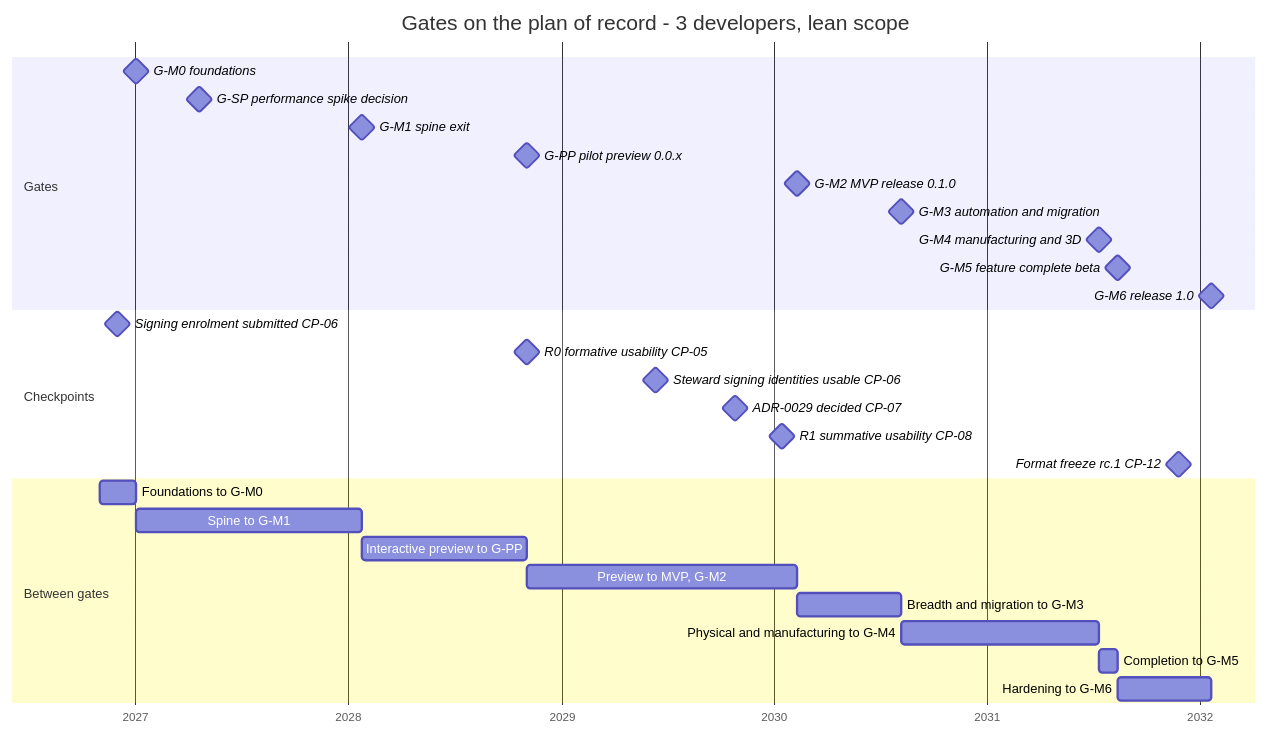
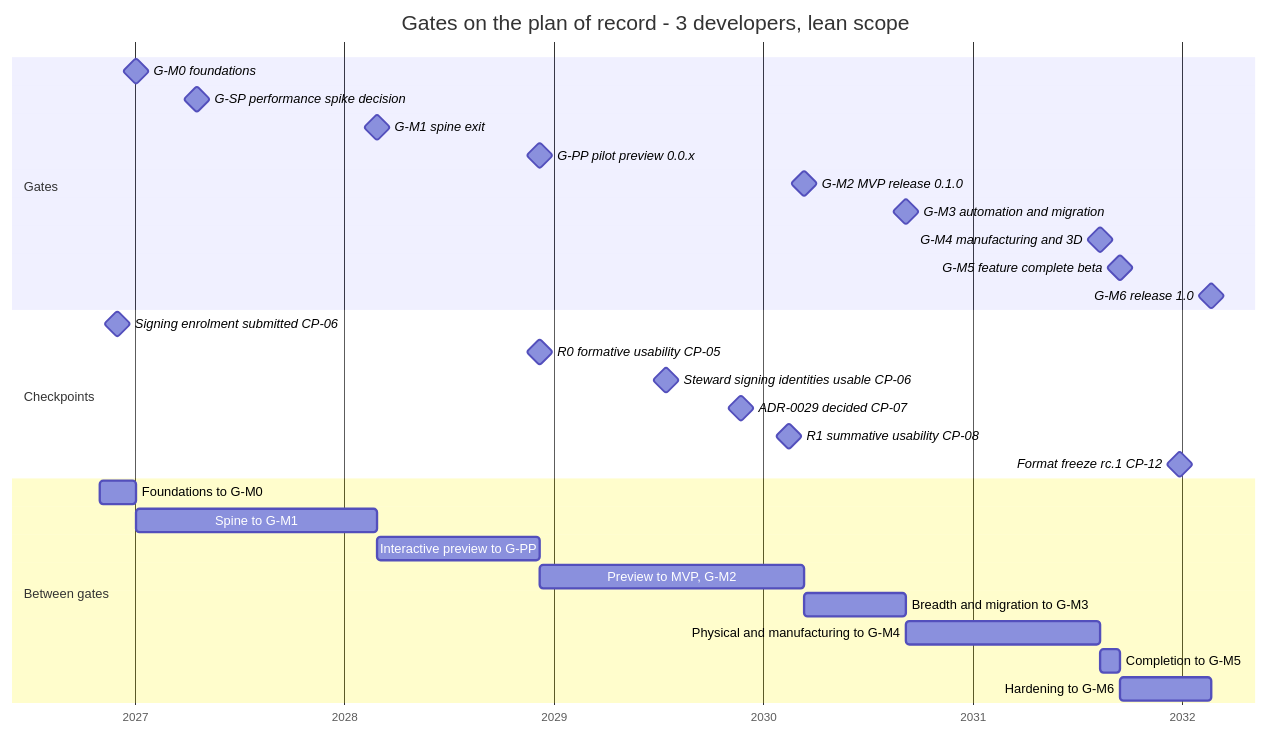
The first of 3 diagrams in docs/plan/03-gates.md (Ironkode787/ElektraWatt), drawn with Mermaid before and after one commit. The commit also changed other lines of this file and 26 other files, not shown here.

````diff
--- a/docs/plan/03-gates.md
+++ b/docs/plan/03-gates.md
@@ -268,32 +269,32 @@
 ```mermaid
 gantt
   title Gates on the plan of record - 3 developers, lean scope
   dateFormat YYYY-MM-DD
   axisFormat %Y
   section Gates
   G-M0 foundations :milestone, g0, 2027-01-03, 0d
   G-SP performance spike decision :milestone, gsp, 2027-04-20, 0d
-  G-M1 spine exit :milestone, g1, 2028-01-24, 0d
-  G-PP pilot preview 0.0.x :milestone, gpp, 2028-11-03, 0d
-  G-M2 MVP release 0.1.0 :milestone, g2, 2030-02-09, 0d
-  G-M3 automation and migration :milestone, g3, 2030-08-07, 0d
-  G-M4 manufacturing and 3D :milestone, g4, 2031-07-12, 0d
-  G-M5 feature complete beta :milestone, g5, 2031-08-14, 0d
-  G-M6 release 1.0 :milestone, g6, 2032-01-21, 0d
+  G-M1 spine exit :milestone, g1, 2028-02-27, 0d
+  G-PP pilot preview 0.0.x :milestone, gpp, 2028-12-08, 0d
+  G-M2 MVP release 0.1.0 :milestone, g2, 2030-03-14, 0d
+  G-M3 automation and migration :milestone, g3, 2030-09-07, 0d
+  G-M4 manufacturing and 3D :milestone, g4, 2031-08-12, 0d
+  G-M5 feature complete beta :milestone, g5, 2031-09-15, 0d
+  G-M6 release 1.0 :milestone, g6, 2032-02-21, 0d
   section Checkpoints
   Signing enrolment submitted CP-06 :milestone, c6, 2026-12-02, 0d
-  R0 formative usability CP-05 :milestone, r0, 2028-11-03, 0d
-  Steward signing identities usable CP-06 :milestone, c6b, 2029-06-12, 0d
-  ADR-0029 decided CP-07 :milestone, c7, 2029-10-26, 0d
-  R1 summative usability CP-08 :milestone, r1, 2030-01-15, 0d
-  Format freeze rc.1 CP-12 :milestone, rc1, 2031-11-26, 0d
+  R0 formative usability CP-05 :milestone, r0, 2028-12-08, 0d
+  Steward signing identities usable CP-06 :milestone, c6b, 2029-07-16, 0d
+  ADR-0029 decided CP-07 :milestone, c7, 2029-11-22, 0d
+  R1 summative usability CP-08 :milestone, r1, 2030-02-15, 0d
+  Format freeze rc.1 CP-12 :milestone, rc1, 2031-12-27, 0d
   section Between gates
   Foundations to G-M0 :a0, 2026-11-01, 2027-01-03
-  Spine to G-M1 :a1, 2027-01-03, 2028-01-24
-  Interactive preview to G-PP :a7, 2028-01-24, 2028-11-03
-  Preview to MVP, G-M2 :a2, 2028-11-03, 2030-02-09
-  Breadth and migration to G-M3 :a3, 2030-02-09, 2030-08-07
-  Physical and manufacturing to G-M4 :a4, 2030-08-07, 2031-07-12
-  Completion to G-M5 :a5, 2031-07-12, 2031-08-14
-  Hardening to G-M6 :a6, 2031-08-14, 2032-01-21
+  Spine to G-M1 :a1, 2027-01-03, 2028-02-27
+  Interactive preview to G-PP :a7, 2028-02-27, 2028-12-08
+  Preview to MVP, G-M2 :a2, 2028-12-08, 2030-03-14
+  Breadth and migration to G-M3 :a3, 2030-03-14, 2030-09-07
+  Physical and manufacturing to G-M4 :a4, 2030-09-07, 2031-08-12
+  Completion to G-M5 :a5, 2031-08-12, 2031-09-15
+  Hardening to G-M6 :a6, 2031-09-15, 2032-02-21
 ```
````
